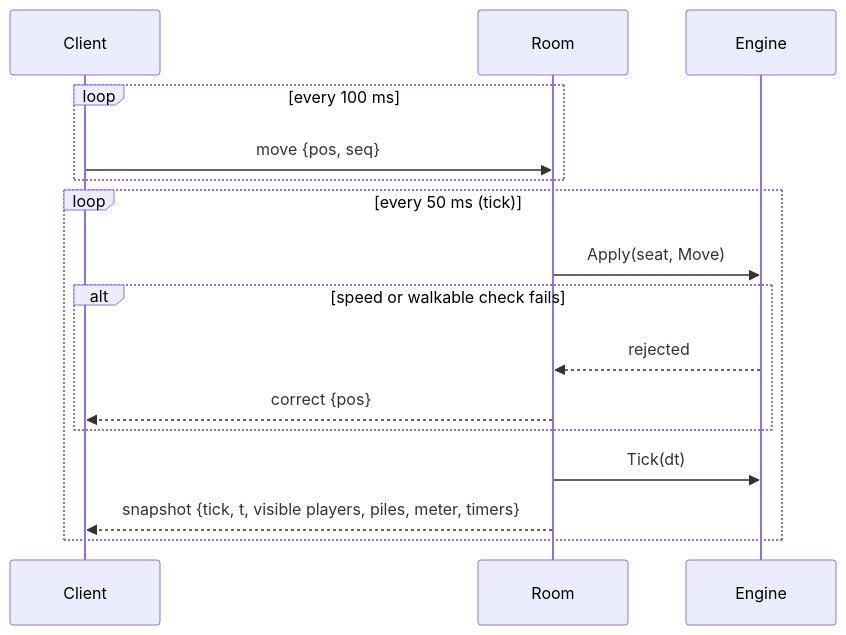
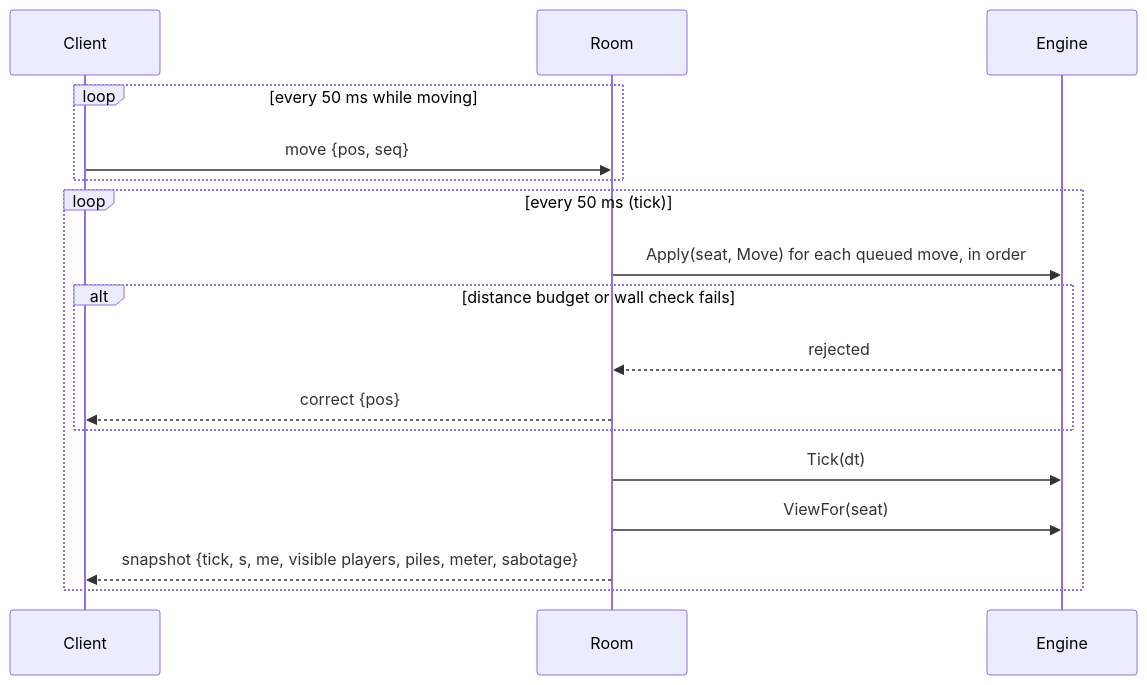
Before and after one commit to Faouzi-Blibech/EcoSus-Uncycled: the second of 11 diagrams in docs/architecture/05-sequences.md, drawn with Mermaid. The commit also changed other lines of this file and 11 other files, not shown here.

Commit message:
docs: second design review (2026-11-14) for the architecture views and the design spec

````diff
--- a/docs/architecture/05-sequences.md
+++ b/docs/architecture/05-sequences.md
@@ -39,18 +41,19 @@
 ```mermaid
 sequenceDiagram
     participant C as Client
     participant R as Room
     participant E as Engine
-    loop every 100 ms
+    loop every 50 ms while moving
         C->>R: move {pos, seq}
     end
     loop every 50 ms (tick)
-        R->>E: Apply(seat, Move)
-        alt speed or walkable check fails
+        R->>E: Apply(seat, Move) for each queued move, in order
+        alt distance budget or wall check fails
             E-->>R: rejected
             R-->>C: correct {pos}
         end
         R->>E: Tick(dt)
-        R-->>C: snapshot {tick, t, visible players, piles, meter, timers}
+        R->>E: ViewFor(seat)
+        R-->>C: snapshot {tick, s, me, visible players, piles, meter, sabotage}
     end
 ```
````
